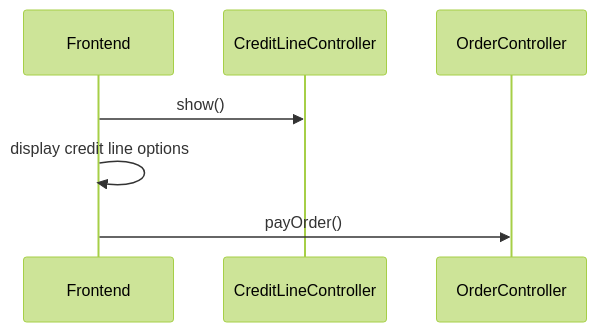
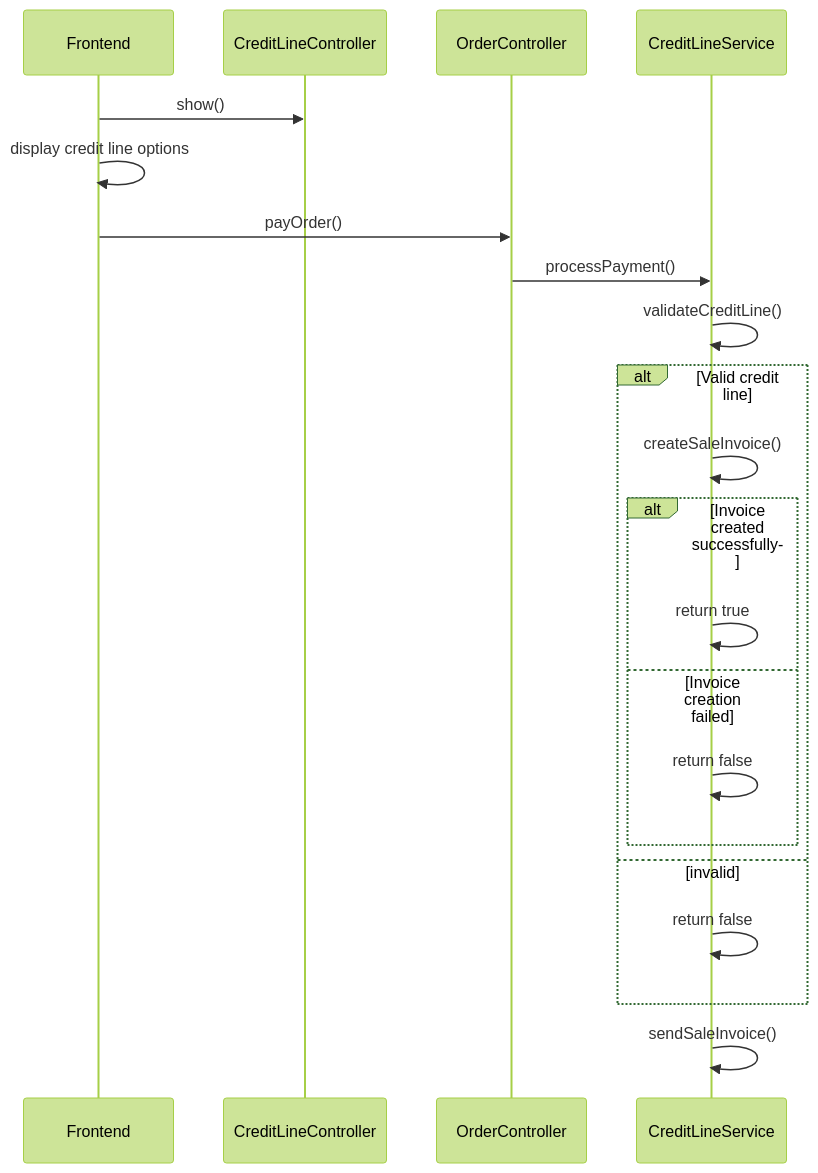
The diagram in credit-payment.mmd (Ideas-Digitales/socomarca-backend), drawn with Mermaid (forest theme) before and after one commit. The commit also changed 1 other file, not shown here.

Commit message:
wip(payment): update credit line payment flow and response structure (documentation only)

```diff
--- a/credit-payment.mmd
+++ b/credit-payment.mmd
@@ -1,8 +1,23 @@
 sequenceDiagram
     participant f as Frontend
     participant c as CreditLineController
     participant oc as OrderController
+    participant cs as CreditLineService
 
     f->>c: show()
     f->>f: display credit line options
     f->>oc: payOrder()
+    oc->>cs: processPayment()
+    cs->>cs: validateCreditLine()
+    alt Valid credit line
+        cs->>cs: createSaleInvoice()
+
+        alt Invoice created successfully
+            cs->>cs: return true
+        else Invoice creation failed
+            cs->>cs: return false
+        end
+    else invalid
+        cs->>cs: return false
+    end
+    cs->>cs: sendSaleInvoice()
```
